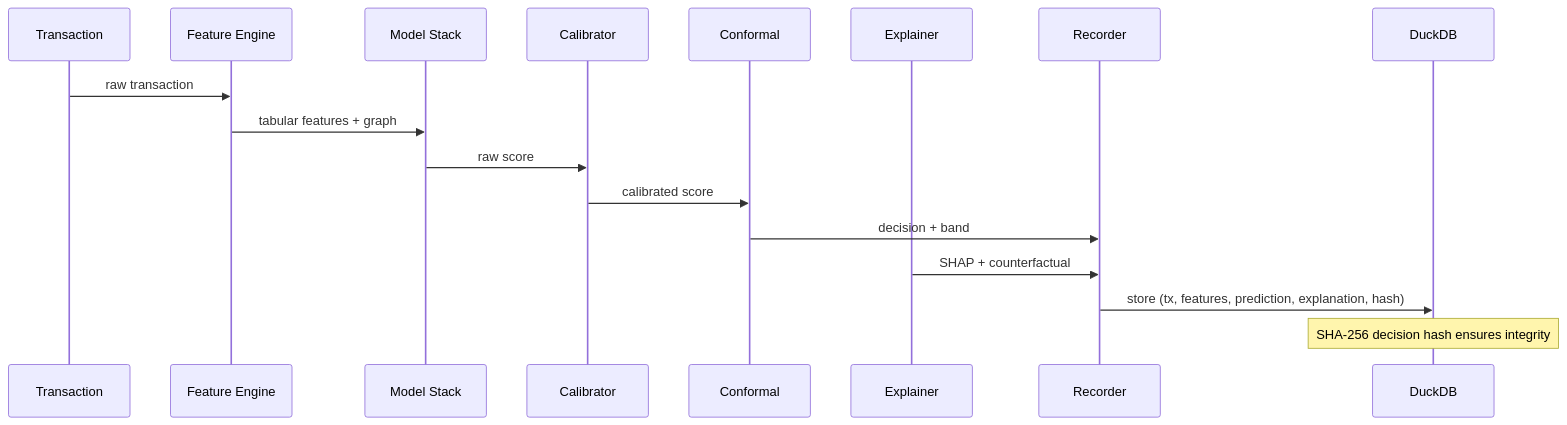
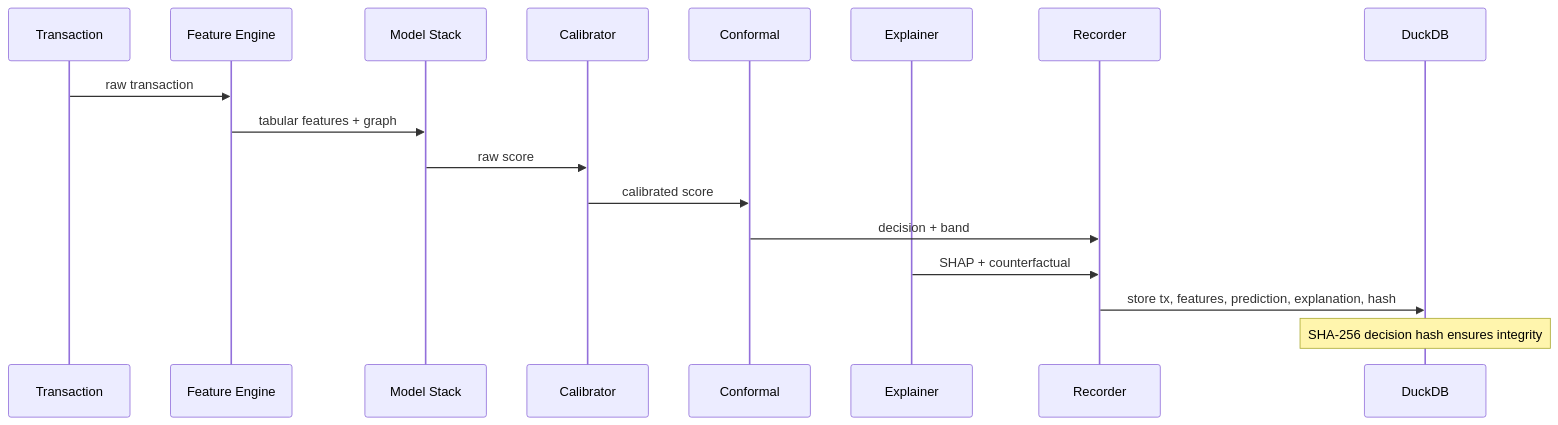
One commit to AngelP17/Rift changed the eighth of 16 diagrams in ARCHITECTURE.md. Above: the diagram before and after it, drawn with Mermaid. The commit also changed other lines of this file, not shown here.

````diff
--- a/ARCHITECTURE.md
+++ b/ARCHITECTURE.md
@@ -235,21 +302,21 @@
 ```mermaid
 sequenceDiagram
     participant TX as Transaction
     participant FE as Feature Engine
     participant Model as Model Stack
     participant CAL as Calibrator
     participant CP as Conformal
     participant EXP as Explainer
     participant REC as Recorder
     participant DB as DuckDB
 
     TX->>FE: raw transaction
     FE->>Model: tabular features + graph
     Model->>CAL: raw score
     CAL->>CP: calibrated score
     CP->>REC: decision + band
     EXP->>REC: SHAP + counterfactual
-    REC->>DB: store (tx, features, prediction, explanation, hash)
+    REC->>DB: store tx, features, prediction, explanation, hash
 
     Note over DB: SHA-256 decision hash ensures integrity
 ```
````
